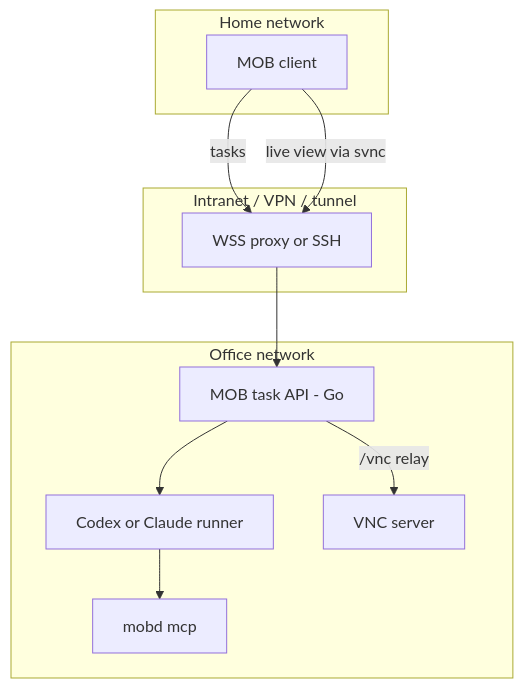
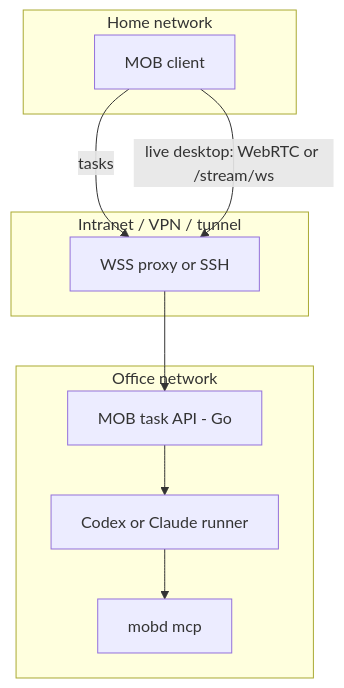
The diagram in docs/architecture.md (xrdavies/mobd), drawn with Mermaid before and after one commit. The commit also changed other lines of this file and 9 other files, not shown here.

First line of the commit message:
docs: describe the live desktop stream instead of the VNC relay

````diff
--- a/docs/architecture.md
+++ b/docs/architecture.md
@@ -96,23 +97,21 @@
 ```mermaid
 flowchart TB
   subgraph home [Home network]
     C[MOB client]
   end
 
   subgraph edge [Intranet / VPN / tunnel]
     T[WSS proxy or SSH]
   end
 
   subgraph officeNet [Office network]
     API[MOB task API - Go]
     Runner[Codex or Claude runner]
     MCP[mobd mcp]
-    VNC[VNC server]
   end
 
   C -->|tasks| T --> API
   API --> Runner
   Runner --> MCP
-  C -->|live view via svnc| T
-  API -->|/vnc relay| VNC
+  C -->|live desktop: WebRTC or /stream/ws| T
 ```
````
